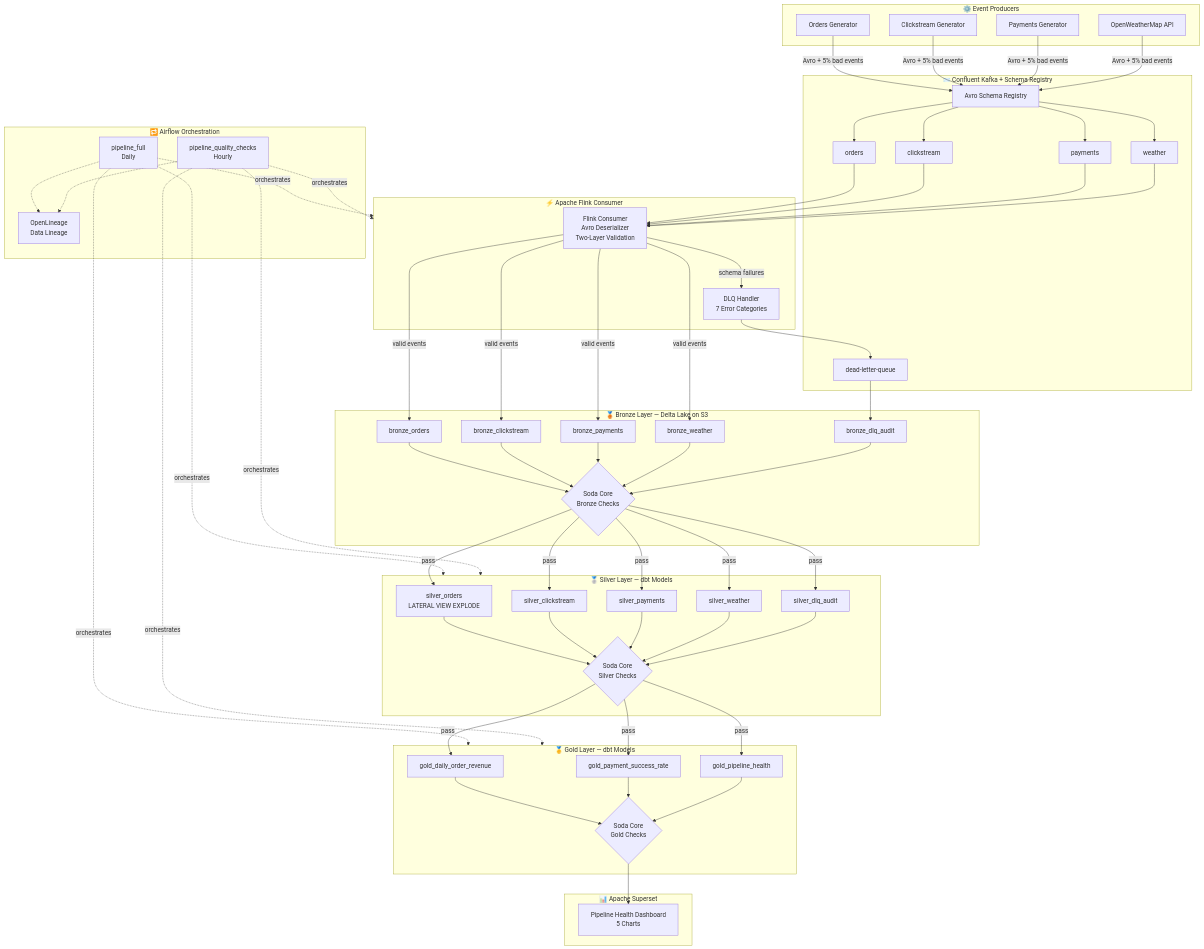
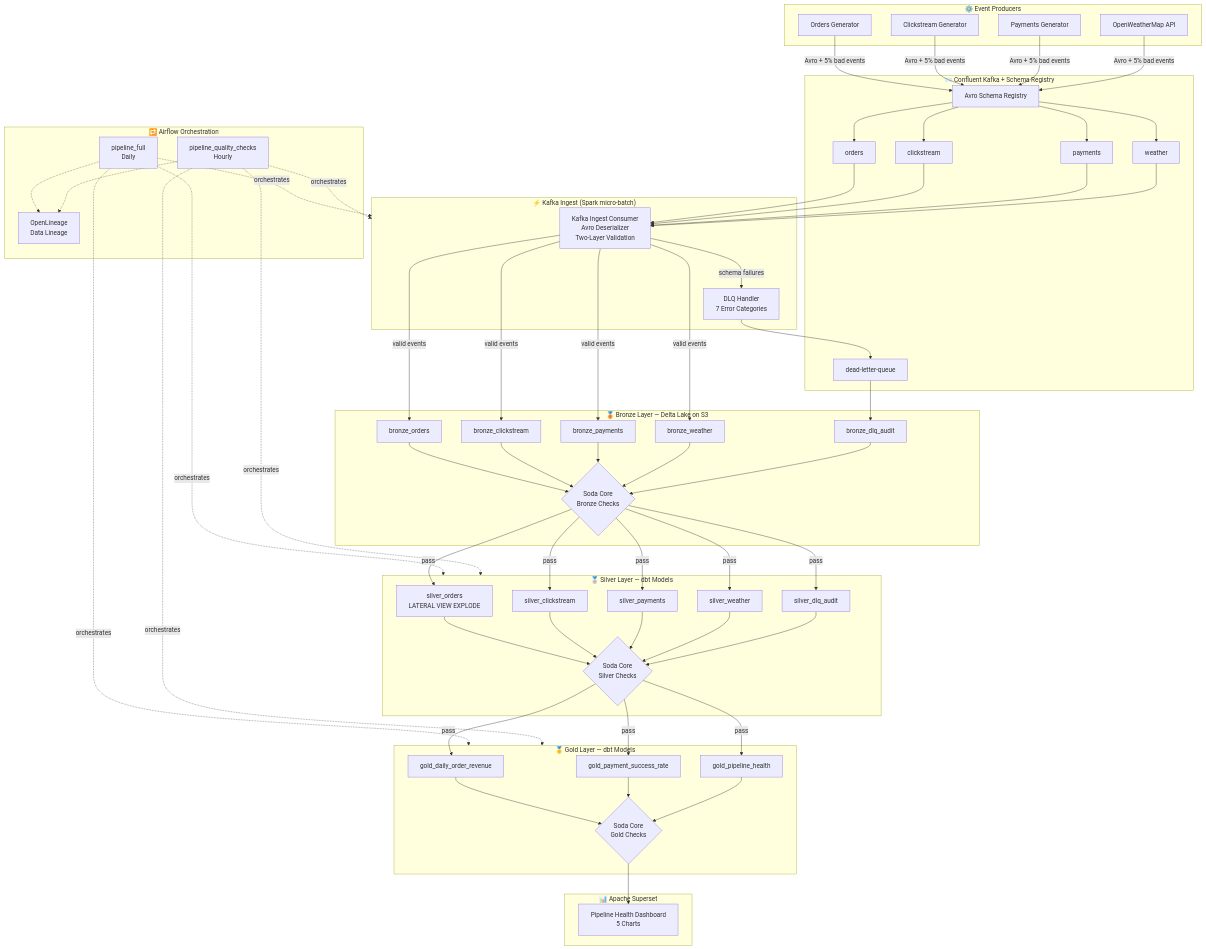
Before and after one commit to arcofiero/contract-driven-platform: the diagram in README.md, drawn with Mermaid. The commit also changed other lines of this file and 14 other files, not shown here.

First line of the commit message:
Rename ingest layer from Flink to honest Kafka/Spark naming

````diff
--- a/README.md
+++ b/README.md
@@ -31,72 +31,72 @@
 ```mermaid
 flowchart TD
     subgraph Producers["⚙️ Event Producers"]
         P1[Orders Generator]
         P2[Clickstream Generator]
         P3[Payments Generator]
         P4[OpenWeatherMap API]
     end
 
     subgraph Kafka["📨 Confluent Kafka + Schema Registry"]
         SR[Avro Schema Registry]
         T1[orders]
         T2[clickstream]
         T3[payments]
         T4[weather]
         DLQ[dead-letter-queue]
     end
 
-    subgraph Flink["⚡ Apache Flink Consumer"]
-        FC[Flink Consumer\nAvro Deserializer\nTwo-Layer Validation]
+    subgraph Ingest["⚡ Kafka Ingest (Spark micro-batch)"]
+        FC[Kafka Ingest Consumer\nAvro Deserializer\nTwo-Layer Validation]
         DH[DLQ Handler\n7 Error Categories]
     end
 
     subgraph Bronze["🥉 Bronze Layer — Delta Lake on S3"]
         B1[bronze_orders]
         B2[bronze_clickstream]
         B3[bronze_payments]
         B4[bronze_weather]
         B5[bronze_dlq_audit]
         SC1{Soda Core\nBronze Checks}
     end
 
     subgraph Silver["🥈 Silver Layer — dbt Models"]
         S1[silver_orders\nLATERAL VIEW EXPLODE]
         S2[silver_clickstream]
         S3[silver_payments]
         S4[silver_weather]
         S5[silver_dlq_audit]
         SC2{Soda Core\nSilver Checks}
     end
 
     subgraph Gold["🥇 Gold Layer — dbt Models"]
         G1[gold_daily_order_revenue]
         G2[gold_payment_success_rate]
         G3[gold_pipeline_health]
         SC3{Soda Core\nGold Checks}
     end
 
     subgraph Orchestration["🔁 Airflow Orchestration"]
         DAG1[pipeline_full\nDaily]
         DAG2[pipeline_quality_checks\nHourly]
         OL[OpenLineage\nData Lineage]
     end
 
     subgraph Observability["📊 Apache Superset"]
         DB[Pipeline Health Dashboard\n5 Charts]
     end
 
     P1 & P2 & P3 & P4 -->|Avro + 5% bad events| SR
     SR --> T1 & T2 & T3 & T4
     T1 & T2 & T3 & T4 --> FC
     FC -->|valid events| B1 & B2 & B3 & B4
     FC -->|schema failures| DH --> DLQ --> B5
     B1 & B2 & B3 & B4 & B5 --> SC1
     SC1 -->|pass| S1 & S2 & S3 & S4 & S5
     S1 & S2 & S3 & S4 & S5 --> SC2
     SC2 -->|pass| G1 & G2 & G3
     G1 & G2 & G3 --> SC3
     SC3 --> DB
-    DAG1 & DAG2 -.->|orchestrates| Flink & Silver & Gold
+    DAG1 & DAG2 -.->|orchestrates| Ingest & Silver & Gold
     DAG1 & DAG2 -.-> OL
 ```
````
